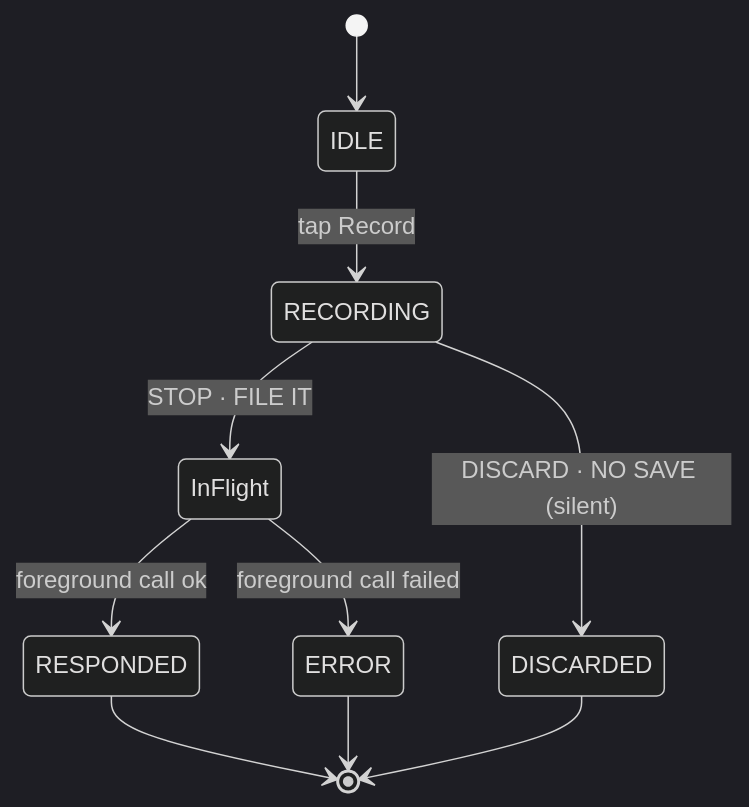
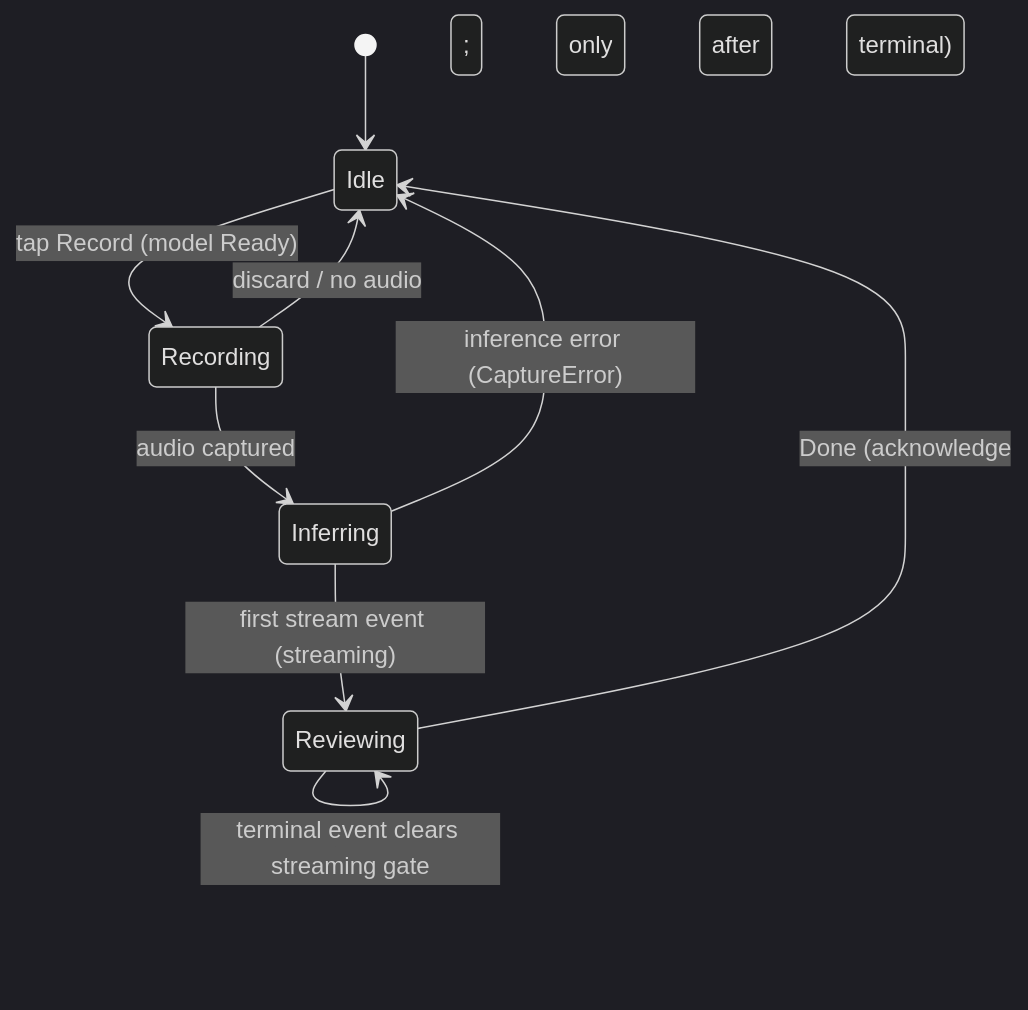
The first of 6 diagrams in docs/diagrams/state-diagrams.md (anchildress1/vestige), drawn with Mermaid (dark theme) before and after one commit. The commit also changed other lines of this file and 70 other files, not shown here.

First line of the commit message:
Story 2.16: streaming foreground inference (#39)

````diff
--- a/docs/diagrams/state-diagrams.md
+++ b/docs/diagrams/state-diagrams.md
@@ -15,15 +20,14 @@
 ```mermaid
 stateDiagram-v2
-    accTitle: CaptureSession state machine
-    accDescr: IDLE transitions to RECORDING on tap record. From RECORDING, DISCARD ends silently back to IDLE with no entry, or STOP files it and the foreground call runs, ending in terminal RESPONDED or ERROR. RESPONDED, ERROR, and DISCARDED are terminal for the single-use session.
+    accTitle: Capture UI state machine (CaptureViewModel.CaptureUiState)
+    accDescr: Idle transitions to Recording on tap Record when the model is Ready. From Recording, discard or no captured audio returns to Idle with no entry; captured audio moves to Inferring. Inferring moves to Reviewing on the first stream event (streaming gate open), or back to Idle with a CaptureError if inference fails. Reviewing self-transitions when the terminal event clears the streaming gate, enabling Done, which acknowledges and returns to Idle. Idle is the only resting state; there are no terminal states.
 
-    [*] --> IDLE
-    IDLE --> RECORDING: tap Record
-    RECORDING --> DISCARDED: DISCARD · NO SAVE (silent)
-    RECORDING --> InFlight: STOP · FILE IT
-    InFlight --> RESPONDED: foreground call ok
-    InFlight --> ERROR: foreground call failed
-    RESPONDED --> [*]
-    ERROR --> [*]
-    DISCARDED --> [*]
+    [*] --> Idle
+    Idle --> Recording: tap Record (model Ready)
+    Recording --> Idle: discard / no audio
+    Recording --> Inferring: audio captured
+    Inferring --> Reviewing: first stream event (streaming)
+    Inferring --> Idle: inference error (CaptureError)
+    Reviewing --> Reviewing: terminal event clears streaming gate
+    Reviewing --> Idle: Done (acknowledge; only after terminal)
 ```
````
